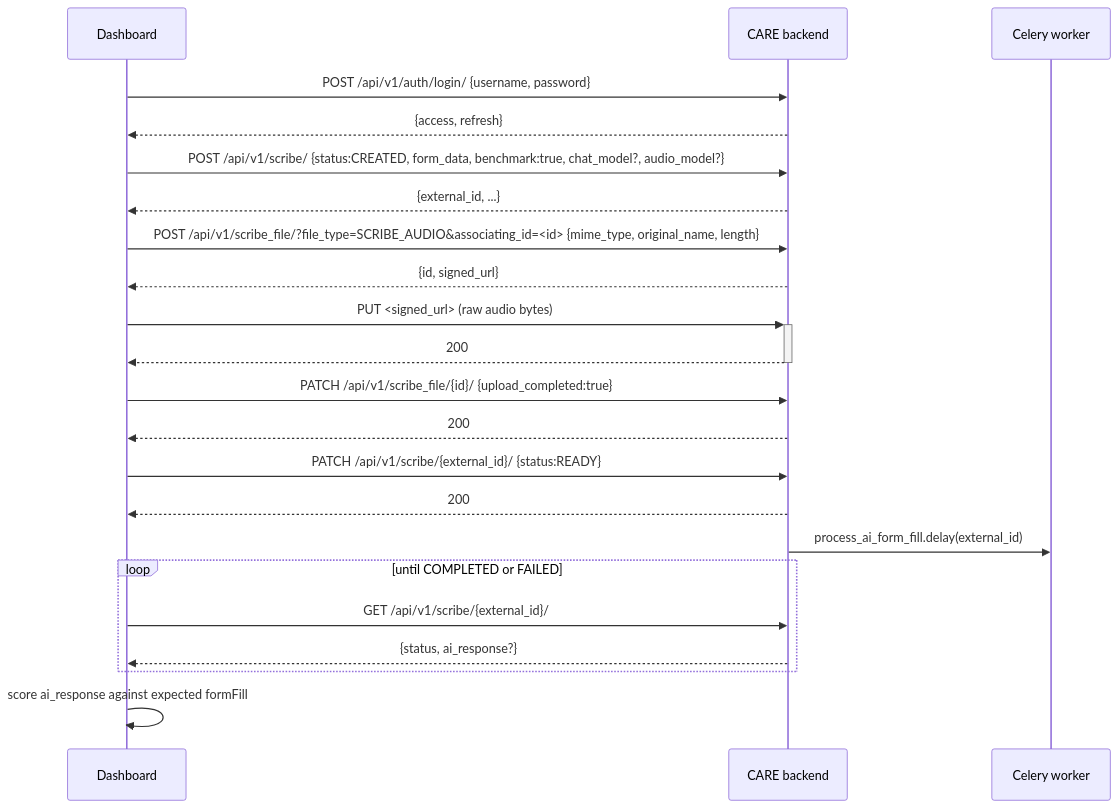
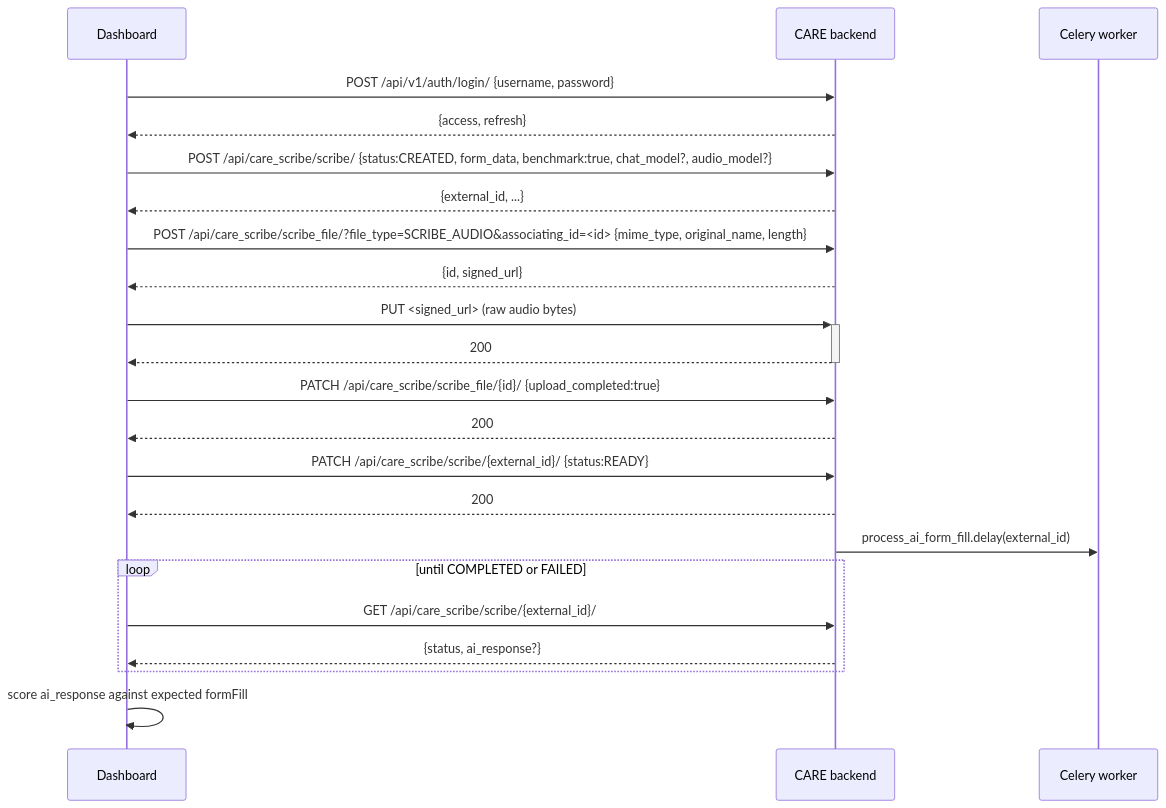
Before and after one commit to nihal467/scribe-audio: the first of 2 diagrams in PLAN.md, drawn with Mermaid. The commit also changed other lines of this file and 3 other files, not shown here.

First line of the commit message:
fix: correct scribe endpoints — plugin routes are /api/{plug_name}/, not /api/v1/

````diff
--- a/PLAN.md
+++ b/PLAN.md
@@ -33,32 +33,32 @@
 ```mermaid
 sequenceDiagram
     participant D as Dashboard
     participant B as CARE backend
     participant Q as Celery worker
 
     D->>B: POST /api/v1/auth/login/ {username, password}
     B-->>D: {access, refresh}
 
-    D->>B: POST /api/v1/scribe/ {status:CREATED, form_data, benchmark:true, chat_model?, audio_model?}
+    D->>B: POST /api/care_scribe/scribe/ {status:CREATED, form_data, benchmark:true, chat_model?, audio_model?}
     B-->>D: {external_id, ...}
 
-    D->>B: POST /api/v1/scribe_file/?file_type=SCRIBE_AUDIO&associating_id=<id> {mime_type, original_name, length}
+    D->>B: POST /api/care_scribe/scribe_file/?file_type=SCRIBE_AUDIO&associating_id=<id> {mime_type, original_name, length}
     B-->>D: {id, signed_url}
 
     D->>+B: PUT <signed_url> (raw audio bytes)
     B-->>-D: 200
 
-    D->>B: PATCH /api/v1/scribe_file/{id}/ {upload_completed:true}
+    D->>B: PATCH /api/care_scribe/scribe_file/{id}/ {upload_completed:true}
     B-->>D: 200
 
-    D->>B: PATCH /api/v1/scribe/{external_id}/ {status:READY}
+    D->>B: PATCH /api/care_scribe/scribe/{external_id}/ {status:READY}
     B-->>D: 200
     B->>Q: process_ai_form_fill.delay(external_id)
 
     loop until COMPLETED or FAILED
-        D->>B: GET /api/v1/scribe/{external_id}/
+        D->>B: GET /api/care_scribe/scribe/{external_id}/
         B-->>D: {status, ai_response?}
     end
 
     D->>D: score ai_response against expected formFill
 ```
````
